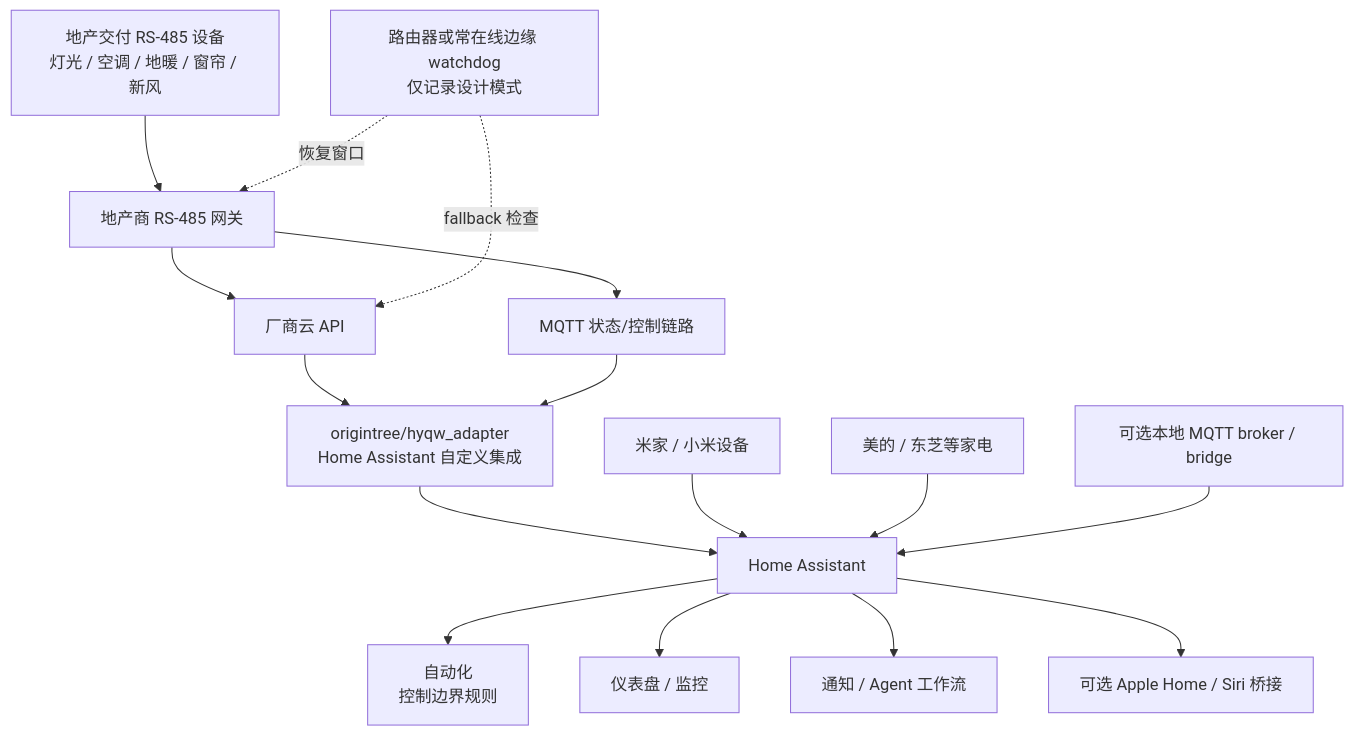
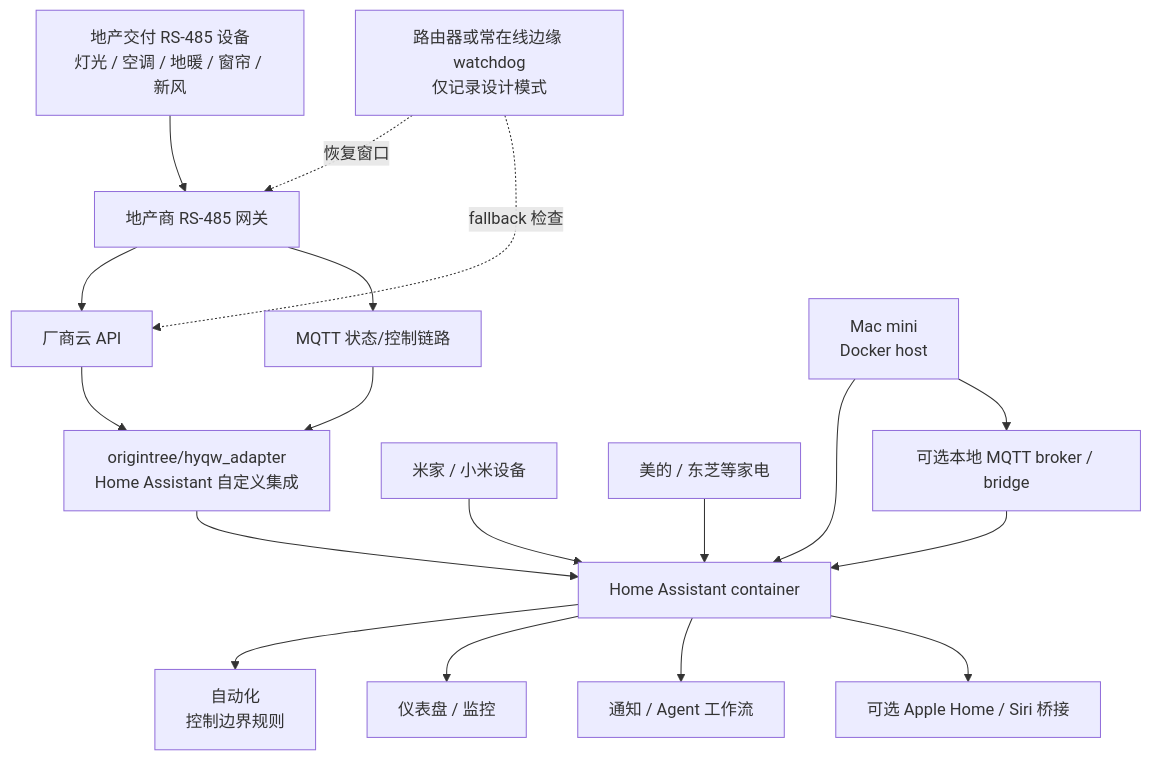
Before and after one commit to waiT-Chi/hyqw-ha-home-recipes: the diagram in README.zh-CN.md, drawn with Mermaid. The commit also changed other lines of this file and 4 other files, not shown here.

Commit message:
Document Mac mini Docker host layer

````diff
--- a/README.zh-CN.md
+++ b/README.zh-CN.md
@@ -37,21 +38,23 @@
 ```mermaid
 flowchart TD
     A[地产交付 RS-485 设备<br/>灯光 / 空调 / 地暖 / 窗帘 / 新风] --> B[地产商 RS-485 网关]
     B --> C[厂商云 API]
     B --> D[MQTT 状态/控制链路]
     C --> E[origintree/hyqw_adapter<br/>Home Assistant 自定义集成]
     D --> E
-    E --> F[Home Assistant]
+    O[Mac mini<br/>Docker host] --> F[Home Assistant container]
+    E --> F
 
     G[米家 / 小米设备] --> F
     H[美的 / 东芝等家电] --> F
-    I[可选本地 MQTT broker / bridge] --> F
+    O --> I[可选本地 MQTT broker / bridge]
+    I --> F
 
     F --> J[自动化<br/>控制边界规则]
     F --> K[仪表盘 / 监控]
     F --> L[通知 / Agent 工作流]
     F --> N[可选 Apple Home / Siri 桥接]
 
     M[路由器或常在线边缘 watchdog<br/>仅记录设计模式] -. 恢复窗口 .-> B
     M -. fallback 检查 .-> C
 ```
````
